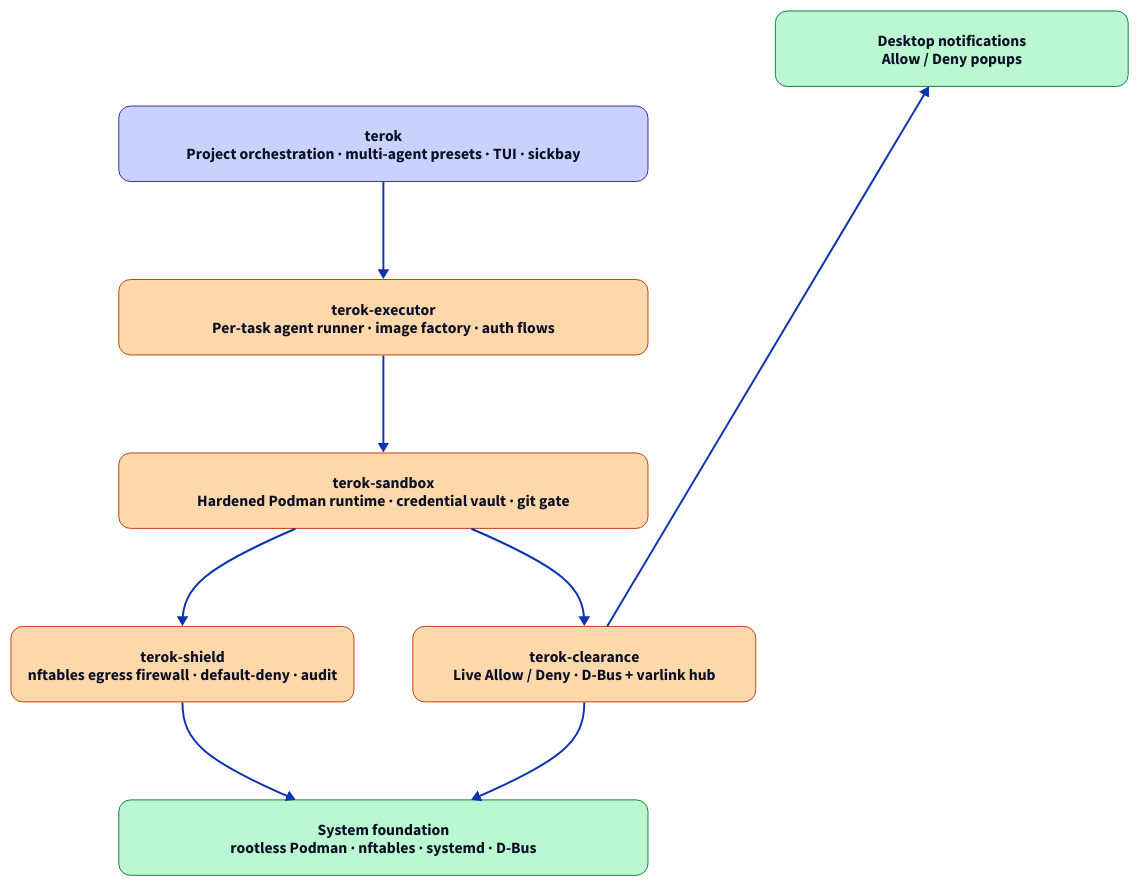
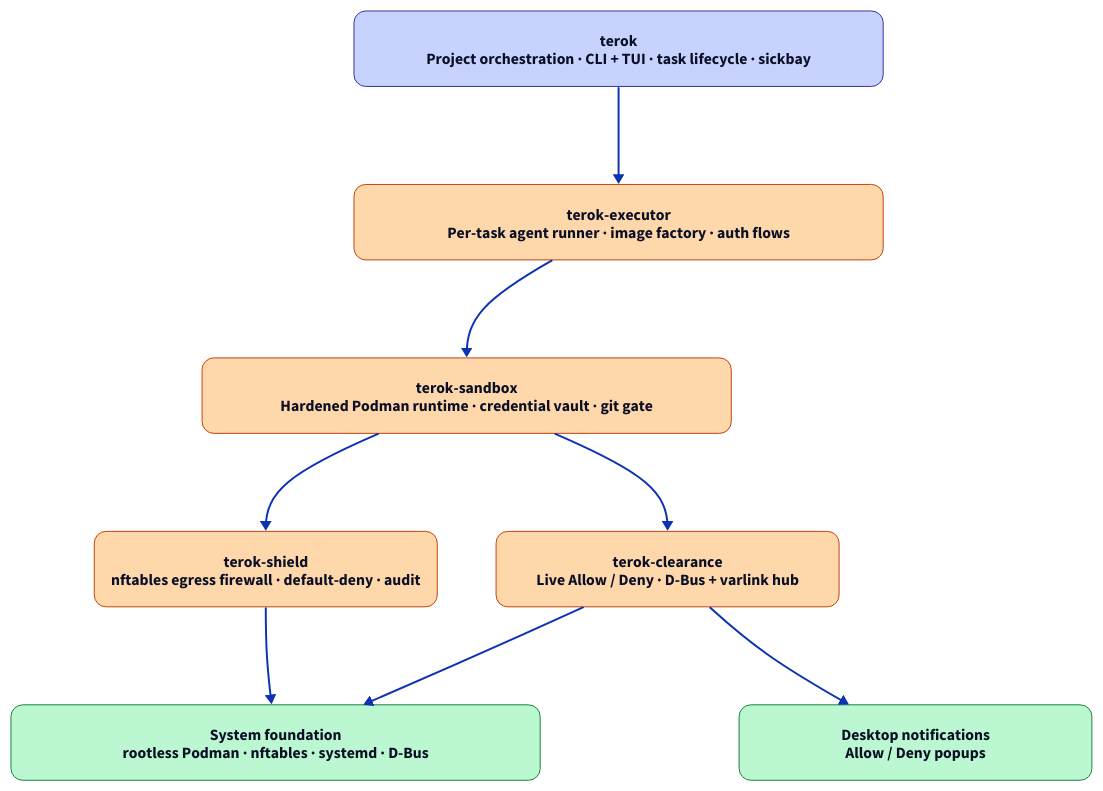
Before and after one commit to sliwowitz/terok-executor: the diagram in docs/img/architecture.d2, drawn with D2. The commit also changed 1 other file, not shown here.

Commit message:
docs: revert diagram to clean top-row layout for desktop notifications
`near: top-right` produced an awkward diagonal arrow into the
notifications box and gave it inconsistent padding versus its
neighbours.  Switch back to the layout-only invisible
`notifications -> executor` edge that keeps notifications on the
same top row as terok with a clean upward arrow from clearance.

Also drops the multi-agent-presets claim from terok's box subtitle
(`solo`/`review`/`team` are aspirational, not yet wired up).

```diff
--- a/docs/img/architecture.d2
+++ b/docs/img/architecture.d2
@@ -1,102 +1,108 @@
 # Render with:
 #   d2 --layout=elk --elk-nodeNodeBetweenLayers=8 \
 #      --elk-padding='[top=4,left=4,bottom=4,right=4]' \
 #      --theme=0 --dark-theme=200 --pad=8 \
 #      architecture.d2 architecture.svg
 # Then run postprocess.py to (a) drop the page-background white
 # rect (the matching rect inside <mask> must stay or the connection
 # arrows disappear), (b) un-bold every tspan after the first one
 # in each shape label so only the package name stays bold, (c) tighten
 # the vertical padding inside every coloured rect, and (d) inject a
 # `prefers-color-scheme: dark` block flipping the explicit layer
 # fills + strokes to readable shades on a dark page background.
 
 vars: {
   d2-config: {
     pad: 8
   }
 }
 
 # Transparent root so the SVG inherits the host page's
 # light/dark background; theme-aware fills handle the rest.
 style.fill: transparent
 
 direction: down
 
 # Three colour groups read at a glance:
 #   * orchestration (navy blue) — the surface the operator drives
 #   * agent runtime stack (deep orange) — everything that runs and
 #                                          bounds an agent task
 #   * operator + system surface (dark green) — the user-visible side
 #                                              channel and the OS
 #                                              foundation we sit on
 classes: {
   orchestration: {
     style: {
       fill: "#c7d2fe"
       stroke: "#3730a3"
       stroke-width: 1
       border-radius: 12
     }
   }
   runtime: {
     style: {
       fill: "#fed7aa"
       stroke: "#c2410c"
       stroke-width: 1
       border-radius: 12
     }
   }
   system: {
     style: {
       fill: "#bbf7d0"
       stroke: "#15803d"
       stroke-width: 1
       border-radius: 12
     }
   }
 }
 
-terok: "terok\nProject orchestration · multi-agent presets · TUI · sickbay" {
+terok: "terok\nProject orchestration · CLI + TUI · task lifecycle · sickbay" {
   width: 540
   class: orchestration
 }
 
 notifications: "Desktop notifications\nAllow / Deny popups" {
   width: 360
   class: system
-  near: top-right
 }
 
 executor: "terok-executor\nPer-task agent runner · image factory · auth flows" {
   width: 540
   class: runtime
 }
 
 sandbox: "terok-sandbox\nHardened Podman runtime · credential vault · git gate" {
   width: 540
   class: runtime
 }
 
 shield: "terok-shield\nnftables egress firewall · default-deny · audit" {
   width: 350
   class: runtime
 }
 
 clearance: "terok-clearance\nLive Allow / Deny · D-Bus + varlink hub" {
   width: 350
   class: runtime
 }
 
 system: "System foundation\nrootless Podman · nftables · systemd · D-Bus" {
   width: 540
   class: system
 }
 
+# Layout-only invisible edge keeps notifications at the same top
+# rank as terok.  The visible arrow that follows is the real
+# clearance → notifications relationship.
+notifications -> executor: "" {
+  style.opacity: 0.0
+}
+
 terok -> executor
 executor -> sandbox
 sandbox -> shield
 sandbox -> clearance
 shield -> system
 clearance -> system
 clearance -> notifications
```
